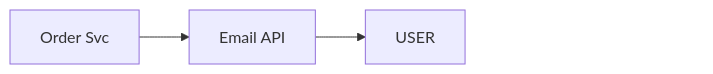
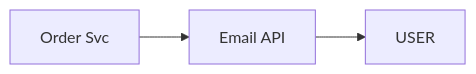
Before and after one commit to ArpanMaheshwari144/Prep: the first of 13 diagrams in 04_HLD/SYSTEM_DESIGNS/04_notification_system/04_notification_system.md, drawn with Mermaid. The commit also changed other lines of this file and 182 other files, not shown here.

Commit message:
hld 14 file: har diagram mermaid-cli se SVG image (source details me), n_pad hataya, render tool 04_HLD/tools

````diff
--- a/04_HLD/SYSTEM_DESIGNS/04_notification_system/04_notification_system.md
+++ b/04_HLD/SYSTEM_DESIGNS/04_notification_system/04_notification_system.md
@@ -93,12 +97,9 @@
 ```mermaid
 %%{init: {"flowchart": {"wrappingWidth": 450}}}%%
 flowchart LR
     n_Order_Svc["Order Svc"]
     n_Email_API["Email API"]
     n_USER["USER"]
     n_Order_Svc --> n_Email_API
     n_Email_API --> n_USER
-    n_pad["xxxxxxxxxxxxxxxx"]
-    n_USER ~~~ n_pad
-    style n_pad fill:none,stroke:none,color:#ffffff00
 ```
````
